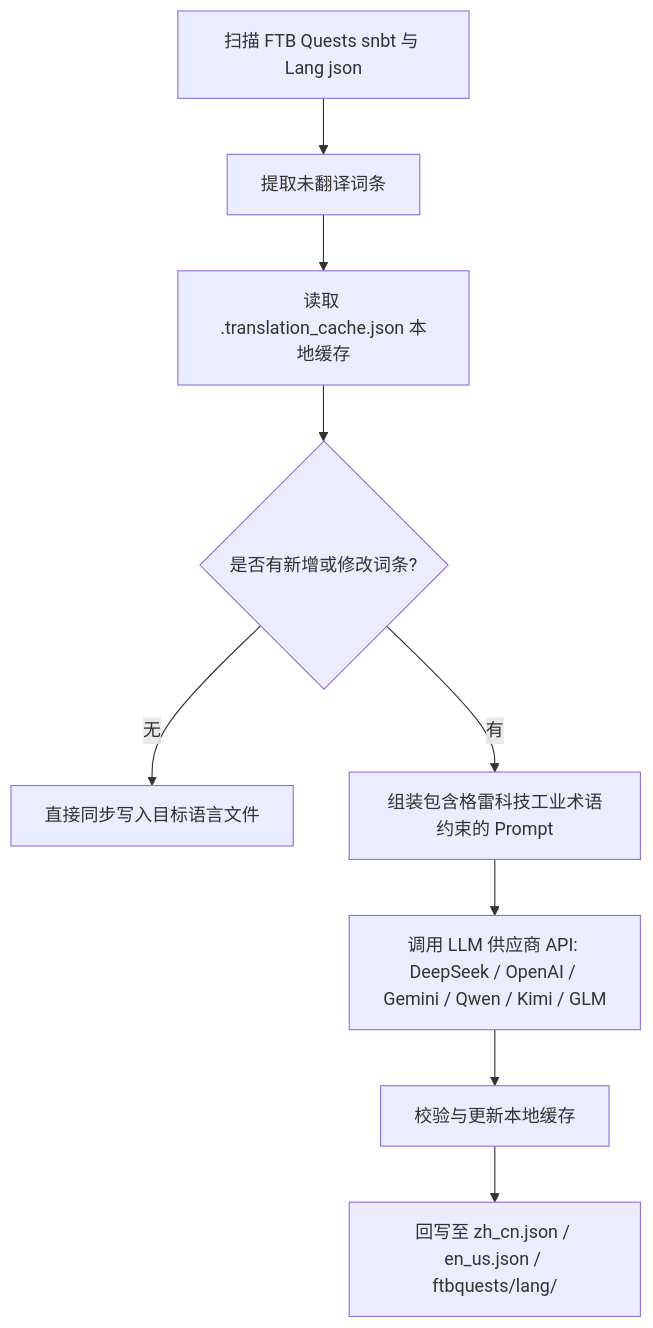
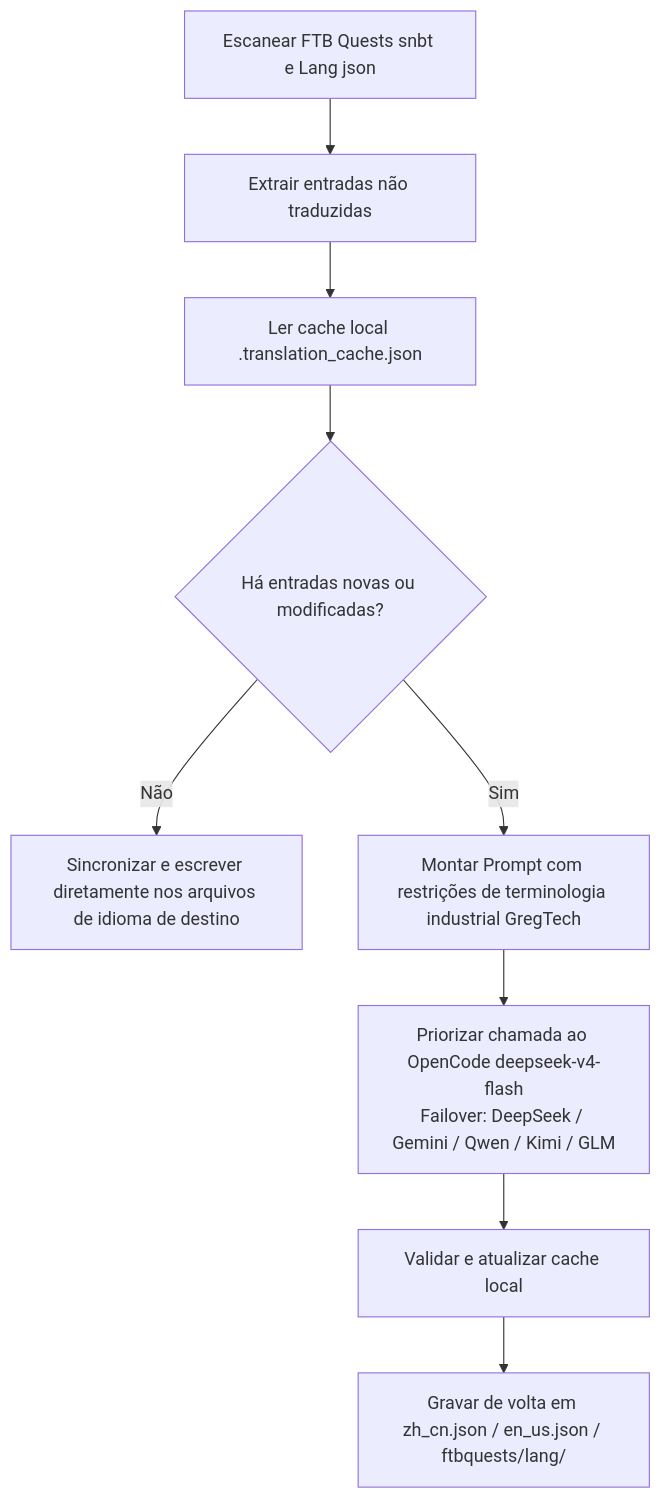
One commit to takanashisatou/GregtechEasy-Docs changed the diagram in docs/pt/ci-cd-and-translation/ai-translation.md. Above: the diagram before and after it, drawn with Mermaid. The commit also changed other lines of this file and 99 other files, not shown here.

````diff
--- a/docs/pt/ci-cd-and-translation/ai-translation.md
+++ b/docs/pt/ci-cd-and-translation/ai-translation.md
@@ -13,11 +27,11 @@
 ```mermaid
 graph TD
-    A[扫描 FTB Quests snbt 与 Lang json] --> B[提取未翻译词条]
-    B --> C[读取 .translation_cache.json 本地缓存]
-    C --> D{是否有新增或修改词条?}
-    D -- 无 --> E[直接同步写入目标语言文件]
-    D -- 有 --> F[组装包含格雷科技工业术语约束的 Prompt]
-    F --> G[调用 LLM 供应商 API: DeepSeek / OpenAI / Gemini / Qwen / Kimi / GLM]
-    G --> H[校验与更新本地缓存]
-    H --> I[回写至 zh_cn.json / en_us.json / ftbquests/lang/]
+    A[Escanear FTB Quests snbt e Lang json] --> B[Extrair entradas não traduzidas]
+    B --> C[Ler cache local .translation_cache.json]
+    C --> D{Há entradas novas ou modificadas?}
+    D -- Não --> E[Sincronizar e escrever diretamente nos arquivos de idioma de destino]
+    D -- Sim --> F[Montar Prompt com restrições de terminologia industrial GregTech]
+    F --> G["Priorizar chamada ao OpenCode deepseek-v4-flash<br/>Failover: DeepSeek / Gemini / Qwen / Kimi / GLM"]
+    G --> H[Validar e atualizar cache local]
+    H --> I[Gravar de volta em zh_cn.json / en_us.json / ftbquests/lang/]
 ```
````
